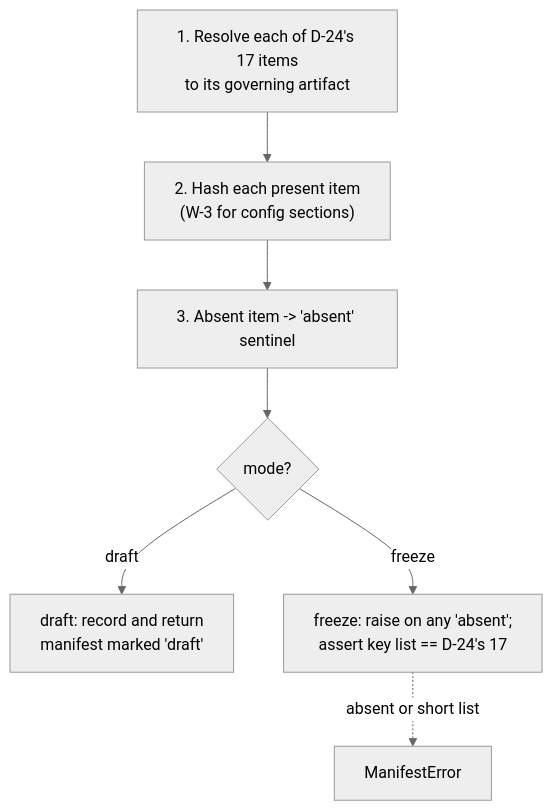
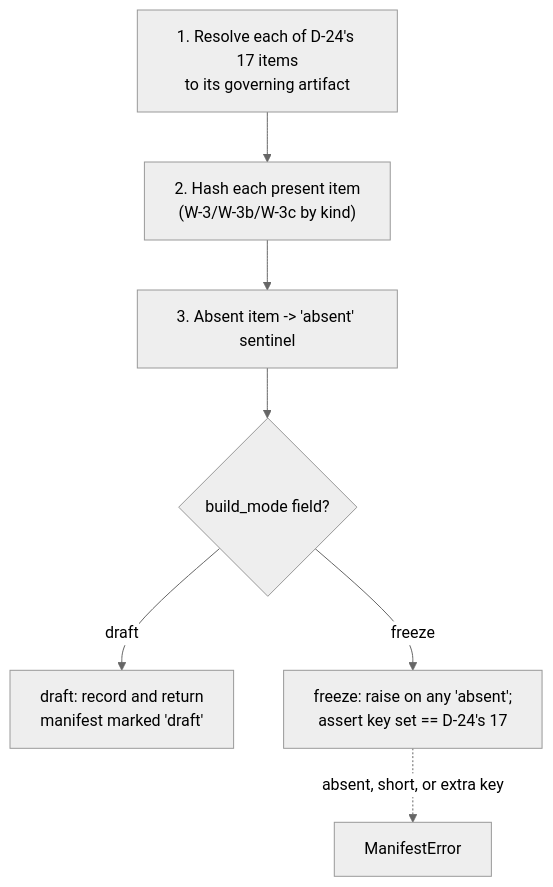
One commit to Kimrza/Thesis_toshkari changed the third of 4 diagrams in aidlc/spaces/default/intents/260813-tec-hourly-forecast/construction/governance-guards/functional-design/business-logic-model.md. Above: the diagram before and after it, drawn with Mermaid (neutral theme). The commit also changed other lines of this file and 23 other files, not shown here.

````diff
--- a/aidlc/spaces/default/intents/260813-tec-hourly-forecast/construction/governance-guards/functional-design/business-logic-model.md
+++ b/aidlc/spaces/default/intents/260813-tec-hourly-forecast/construction/governance-guards/functional-design/business-logic-model.md
@@ -337,13 +458,13 @@
 ```mermaid
 graph TD
   A["1. Resolve each of D-24's 17 items<br/>to its governing artifact"]
-  B["2. Hash each present item<br/>(W-3 for config sections)"]
+  B["2. Hash each present item<br/>(W-3/W-3b/W-3c by kind)"]
   C["3. Absent item -> 'absent' sentinel"]
-  M{"mode?"}
+  M{"build_mode field?"}
   DR["draft: record and return<br/>manifest marked 'draft'"]
-  FR["freeze: raise on any 'absent';<br/>assert key list == D-24's 17"]
+  FR["freeze: raise on any 'absent';<br/>assert key set == D-24's 17"]
   A --> B --> C --> M
   M -->|draft| DR
   M -->|freeze| FR
-  FR -.->|absent or short list| X["ManifestError"]
+  FR -.->|absent, short, or extra key| X["ManifestError"]
 ```
````
